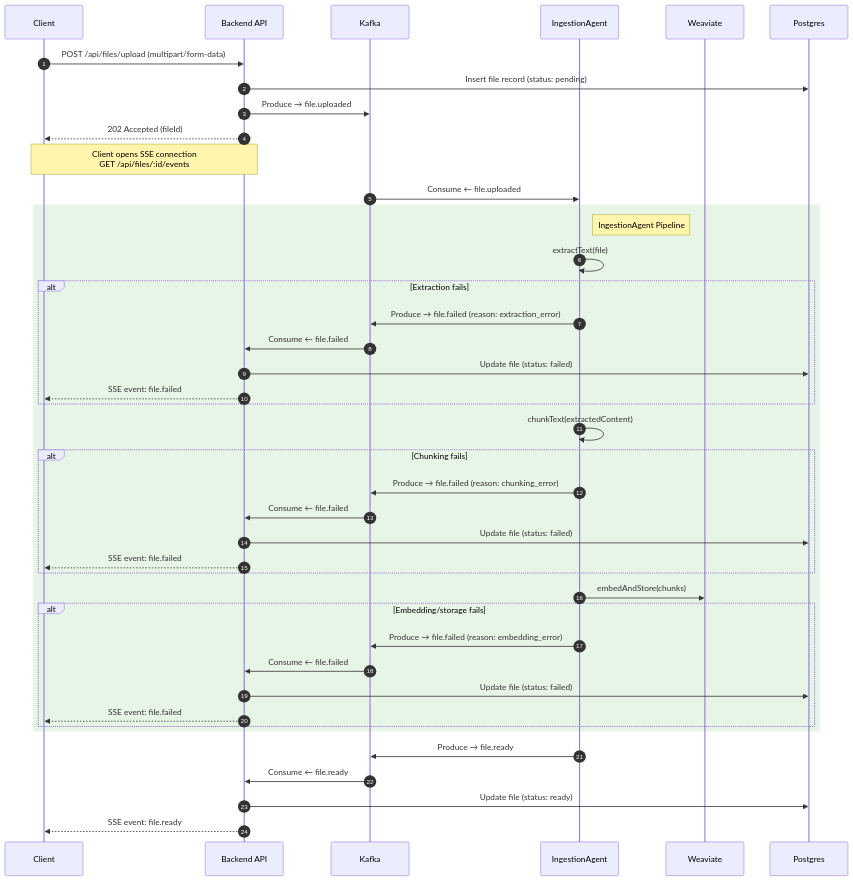
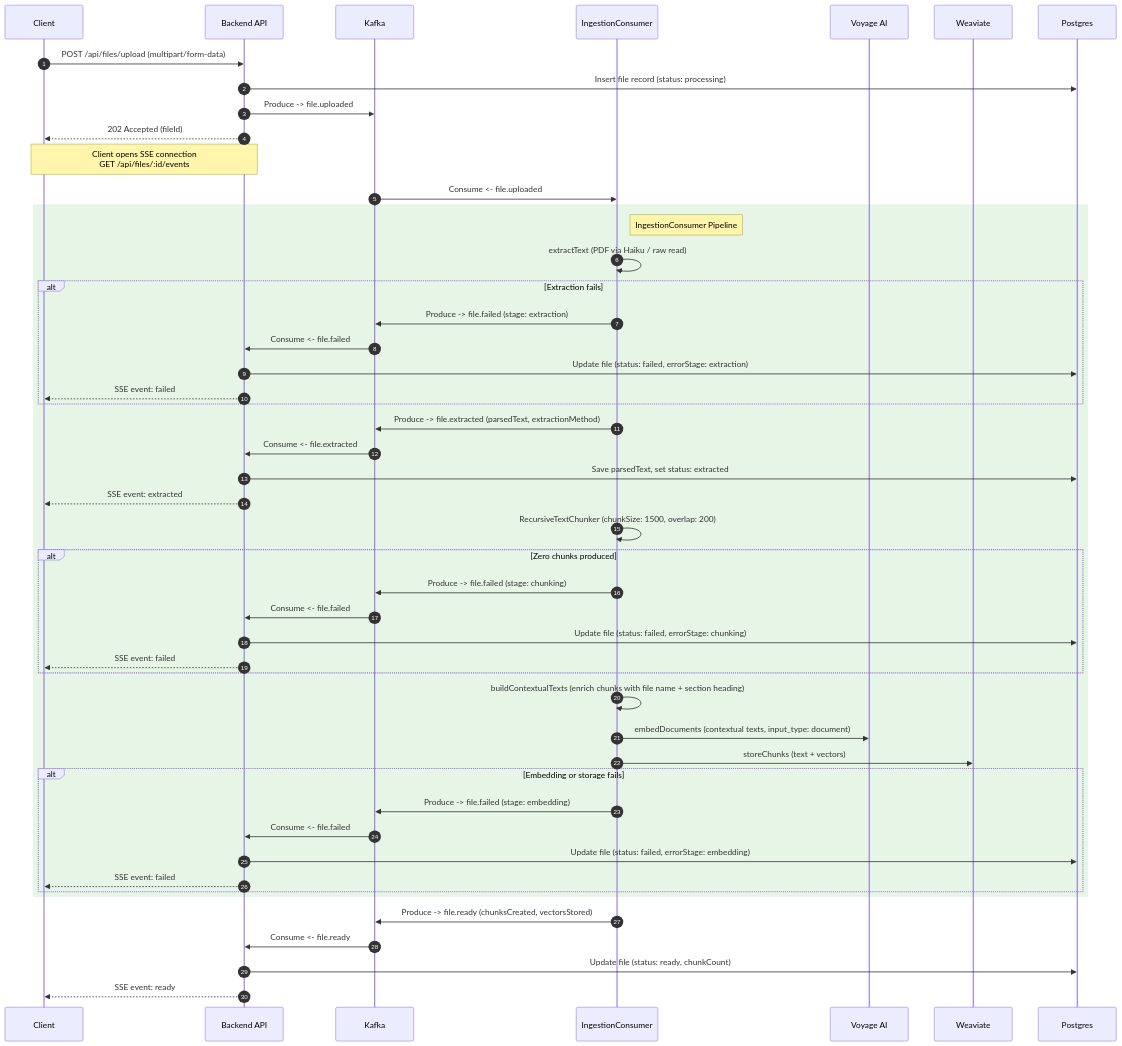
One commit to JackTran15/files-assistant-system changed the second of 6 diagrams in docs/scenarios.md. Above: the diagram before and after it, drawn with Mermaid. The commit also changed other lines of this file and 19 other files, not shown here.

````diff
--- a/docs/scenarios.md
+++ b/docs/scenarios.md
@@ -72,51 +68,59 @@
 ```mermaid
 sequenceDiagram
     autonumber
     participant Client
     participant Backend as Backend API
     participant Kafka
-    participant Agent as IngestionAgent
+    participant Agent as IngestionConsumer
+    participant Voyage as Voyage AI
     participant Weaviate
     participant Postgres
 
     Client->>Backend: POST /api/files/upload (multipart/form-data)
-    Backend->>Postgres: Insert file record (status: pending)
-    Backend->>Kafka: Produce → file.uploaded
+    Backend->>Postgres: Insert file record (status: processing)
+    Backend->>Kafka: Produce -> file.uploaded
     Backend-->>Client: 202 Accepted (fileId)
 
     Note over Client,Backend: Client opens SSE connection<br/>GET /api/files/:id/events
 
-    Kafka->>Agent: Consume ← file.uploaded
+    Kafka->>Agent: Consume <- file.uploaded
 
     rect rgb(230, 245, 230)
-        Note right of Agent: IngestionAgent Pipeline
-        Agent->>Agent: extractText(file)
+        Note right of Agent: IngestionConsumer Pipeline
+        Agent->>Agent: extractText (PDF via Haiku / raw read)
         alt Extraction fails
-            Agent->>Kafka: Produce → file.failed (reason: extraction_error)
-            Kafka->>Backend: Consume ← file.failed
-            Backend->>Postgres: Update file (status: failed)
-            Backend-->>Client: SSE event: file.failed
+            Agent->>Kafka: Produce -> file.failed (stage: extraction)
+            Kafka->>Backend: Consume <- file.failed
+            Backend->>Postgres: Update file (status: failed, errorStage: extraction)
+            Backend-->>Client: SSE event: failed
         end
 
-        Agent->>Agent: chunkText(extractedContent)
-        alt Chunking fails
-            Agent->>Kafka: Produce → file.failed (reason: chunking_error)
-            Kafka->>Backend: Consume ← file.failed
-            Backend->>Postgres: Update file (status: failed)
-            Backend-->>Client: SSE event: file.failed
+        Agent->>Kafka: Produce -> file.extracted (parsedText, extractionMethod)
+        Kafka->>Backend: Consume <- file.extracted
+        Backend->>Postgres: Save parsedText, set status: extracted
+        Backend-->>Client: SSE event: extracted
+
+        Agent->>Agent: RecursiveTextChunker (chunkSize: 1500, overlap: 200)
+        alt Zero chunks produced
+            Agent->>Kafka: Produce -> file.failed (stage: chunking)
+            Kafka->>Backend: Consume <- file.failed
+            Backend->>Postgres: Update file (status: failed, errorStage: chunking)
+            Backend-->>Client: SSE event: failed
         end
 
-        Agent->>Weaviate: embedAndStore(chunks)
-        alt Embedding/storage fails
-            Agent->>Kafka: Produce → file.failed (reason: embedding_error)
-            Kafka->>Backend: Consume ← file.failed
-            Backend->>Postgres: Update file (status: failed)
-            Backend-->>Client: SSE event: file.failed
+        Agent->>Agent: buildContextualTexts (enrich chunks with file name + section heading)
+        Agent->>Voyage: embedDocuments (contextual texts, input_type: document)
+        Agent->>Weaviate: storeChunks (text + vectors)
+        alt Embedding or storage fails
+            Agent->>Kafka: Produce -> file.failed (stage: embedding)
+            Kafka->>Backend: Consume <- file.failed
+            Backend->>Postgres: Update file (status: failed, errorStage: embedding)
+            Backend-->>Client: SSE event: failed
         end
     end
 
-    Agent->>Kafka: Produce → file.ready
-    Kafka->>Backend: Consume ← file.ready
-    Backend->>Postgres: Update file (status: ready)
-    Backend-->>Client: SSE event: file.ready
+    Agent->>Kafka: Produce -> file.ready (chunksCreated, vectorsStored)
+    Kafka->>Backend: Consume <- file.ready
+    Backend->>Postgres: Update file (status: ready, chunkCount)
+    Backend-->>Client: SSE event: ready
 ```
````
